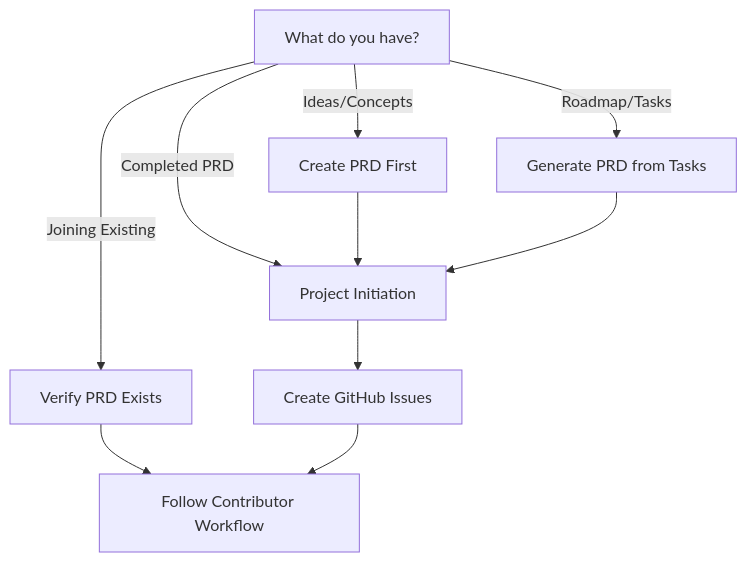
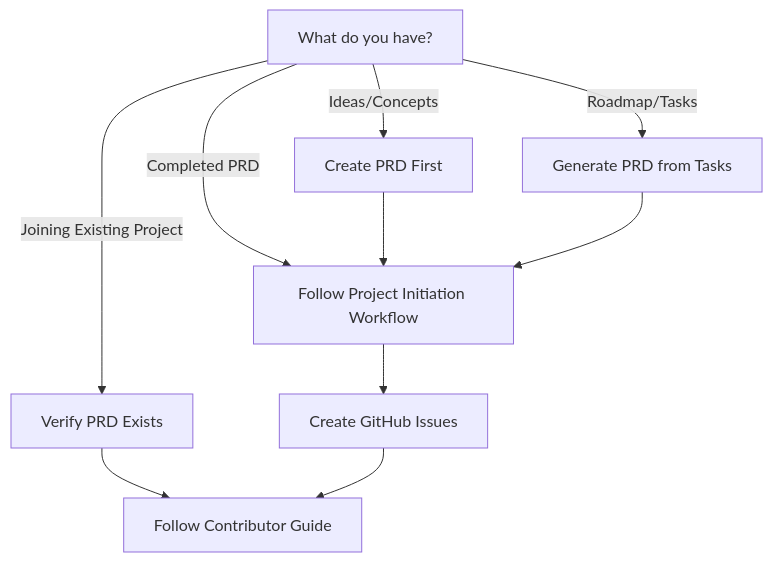
Before and after one commit to x45dev/devspace: the diagram in README.md, drawn with Mermaid. The commit also changed other lines of this file and 48 other files, not shown here.

````diff
--- a/README.md
+++ b/README.md
@@ -48,12 +19,12 @@
 ```mermaid
 graph TD
     A[What do you have?] -->|Ideas/Concepts| B[Create PRD First]
-    A -->|Completed PRD| C[Project Initiation]
+    A -->|Completed PRD| C[Follow Project Initiation Workflow]
     A -->|Roadmap/Tasks| D[Generate PRD from Tasks]
-    A -->|Joining Existing| E[Verify PRD Exists]
+    A -->|Joining Existing Project| E[Verify PRD Exists]
     B --> C
     D --> C
-    E --> F[Follow Contributor Workflow]
+    E --> F[Follow Contributor Guide]
     C --> G[Create GitHub Issues]
     G --> F
 ```
````
